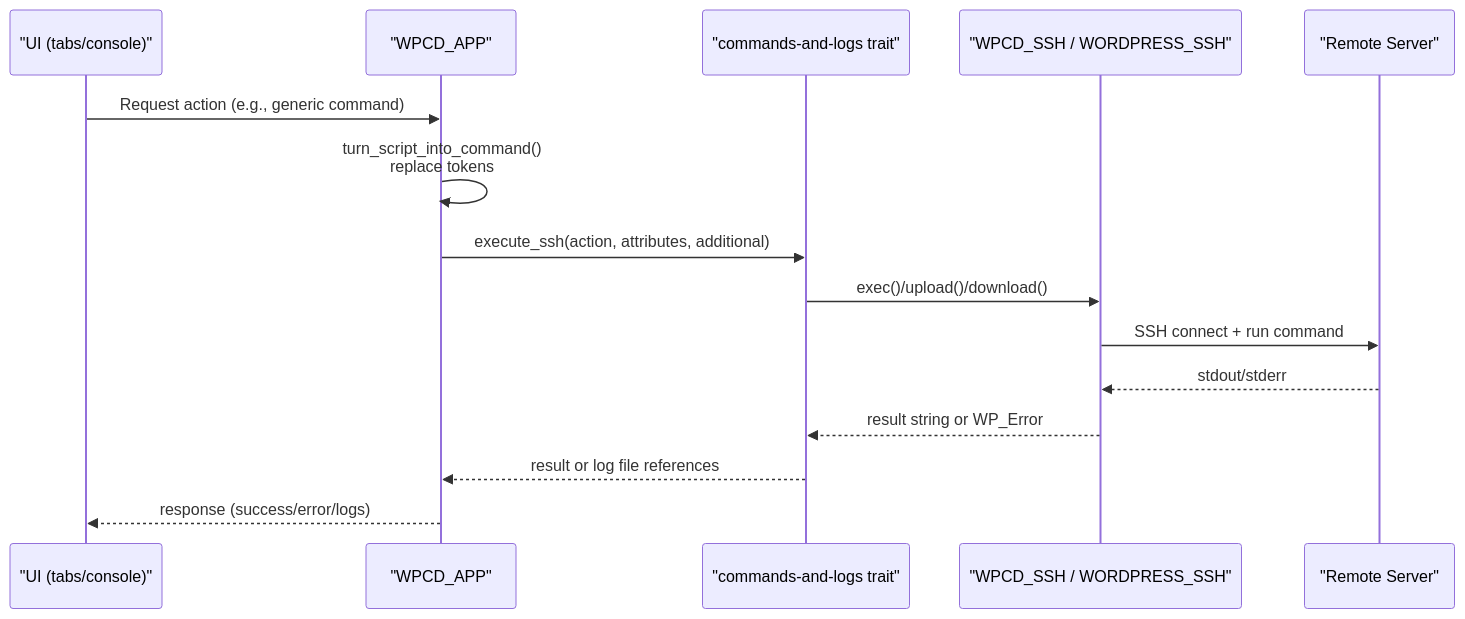
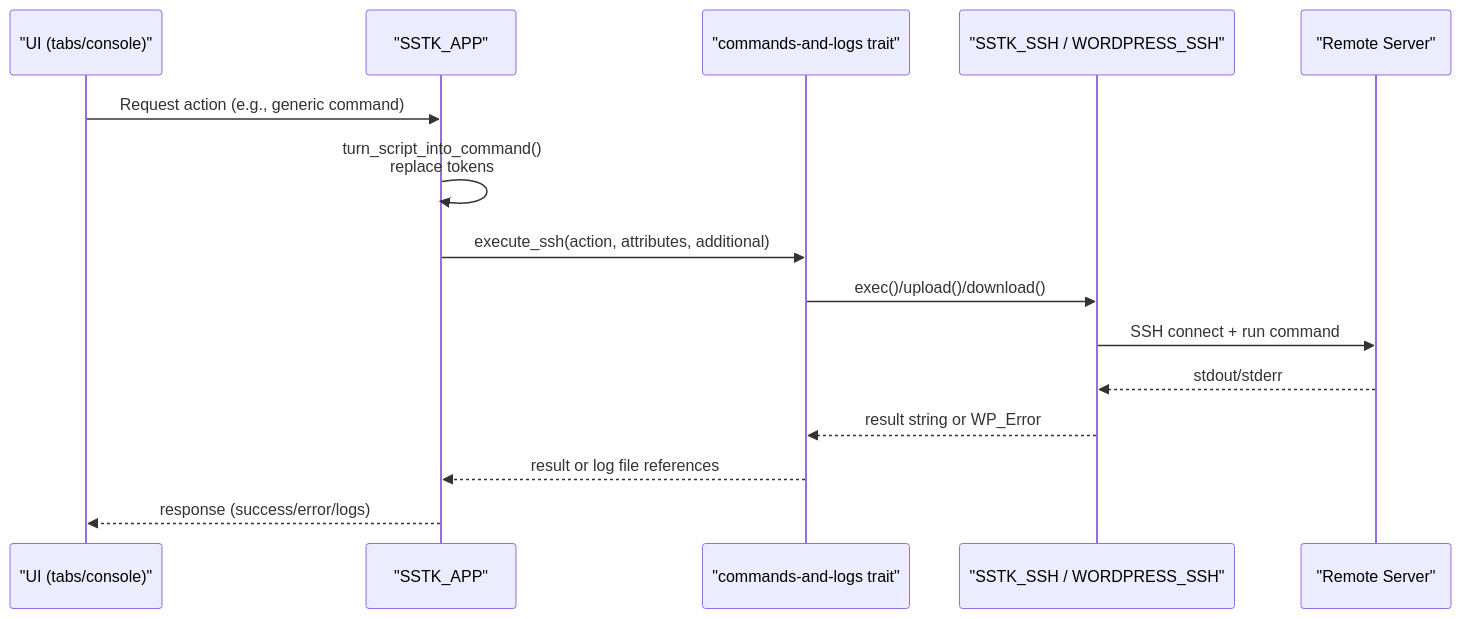
One commit to onedogsolutions/simple-stack changed the second of 9 diagrams in .qoder/repowiki/en/content/WordPress Application Engine/Script Execution Engine.md. Above: the diagram before and after it, drawn with Mermaid. The commit also changed other lines of this file and 5941 other files, not shown here.

````diff
--- a/.qoder/repowiki/en/content/WordPress Application Engine/Script Execution Engine.md
+++ b/.qoder/repowiki/en/content/WordPress Application Engine/Script Execution Engine.md
@@ -120,17 +120,17 @@
 ```mermaid
 sequenceDiagram
 participant UI as "UI (tabs/console)"
-participant APP as "WPCD_APP"
+participant APP as "SSTK_APP"
 participant TR as "commands-and-logs trait"
-participant SSH as "WPCD_SSH / WORDPRESS_SSH"
+participant SSH as "SSTK_SSH / WORDPRESS_SSH"
 participant REM as "Remote Server"
 UI->>APP : Request action (e.g., generic command)
 APP->>APP : turn_script_into_command()<br/>replace tokens
 APP->>TR : execute_ssh(action, attributes, additional)
 TR->>SSH : exec()/upload()/download()
 SSH->>REM : SSH connect + run command
 REM-->>SSH : stdout/stderr
 SSH-->>TR : result string or WP_Error
 TR-->>APP : result or log file references
 APP-->>UI : response (success/error/logs)
 ```
````
